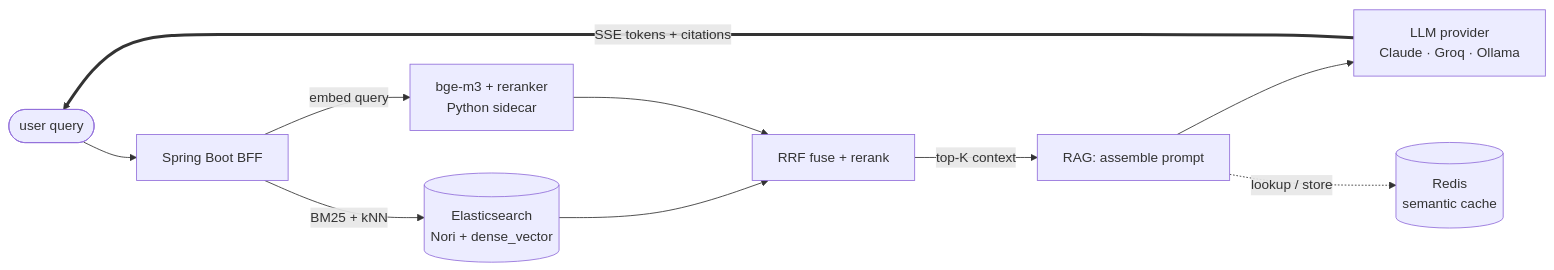
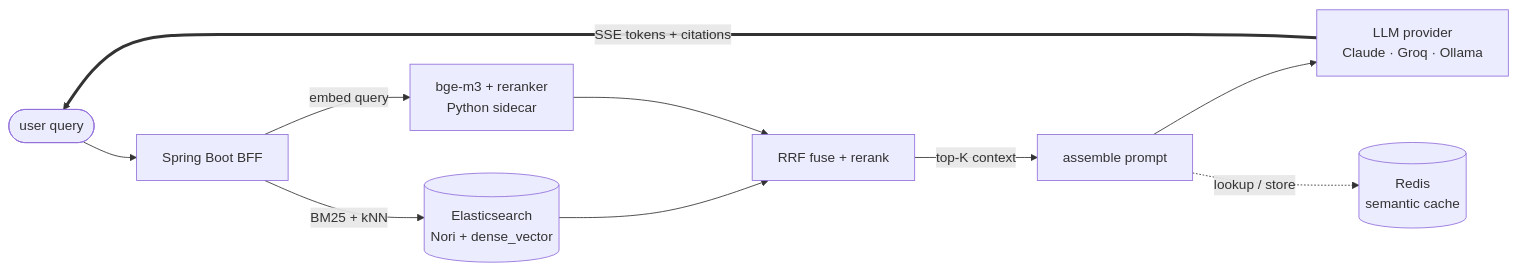
One commit to jinwovo/recall changed the first of 2 diagrams in README.md. Above: the diagram before and after it, drawn with Mermaid. The commit also changed 2 other files, not shown here.

Commit message:
docs: validate mermaid diagrams; simplify labels for safe rendering

````diff
--- a/README.md
+++ b/README.md
@@ -39,12 +39,12 @@
 ```mermaid
 flowchart LR
     Q([user query]) --> BFF[Spring Boot BFF]
     BFF -->|embed query| SIDE[bge-m3 + reranker<br/>Python sidecar]
     BFF -->|BM25 + kNN| ES[(Elasticsearch<br/>Nori + dense_vector)]
     ES --> FUSE[RRF fuse + rerank]
     SIDE --> FUSE
-    FUSE -->|top-K context| RAG[RAG: assemble prompt]
+    FUSE -->|top-K context| RAG[assemble prompt]
     RAG --> LLM[LLM provider<br/>Claude · Groq · Ollama]
     RAG -.lookup / store.-> REDIS[(Redis<br/>semantic cache)]
     LLM ==>|SSE tokens + citations| Q
 ```
````
